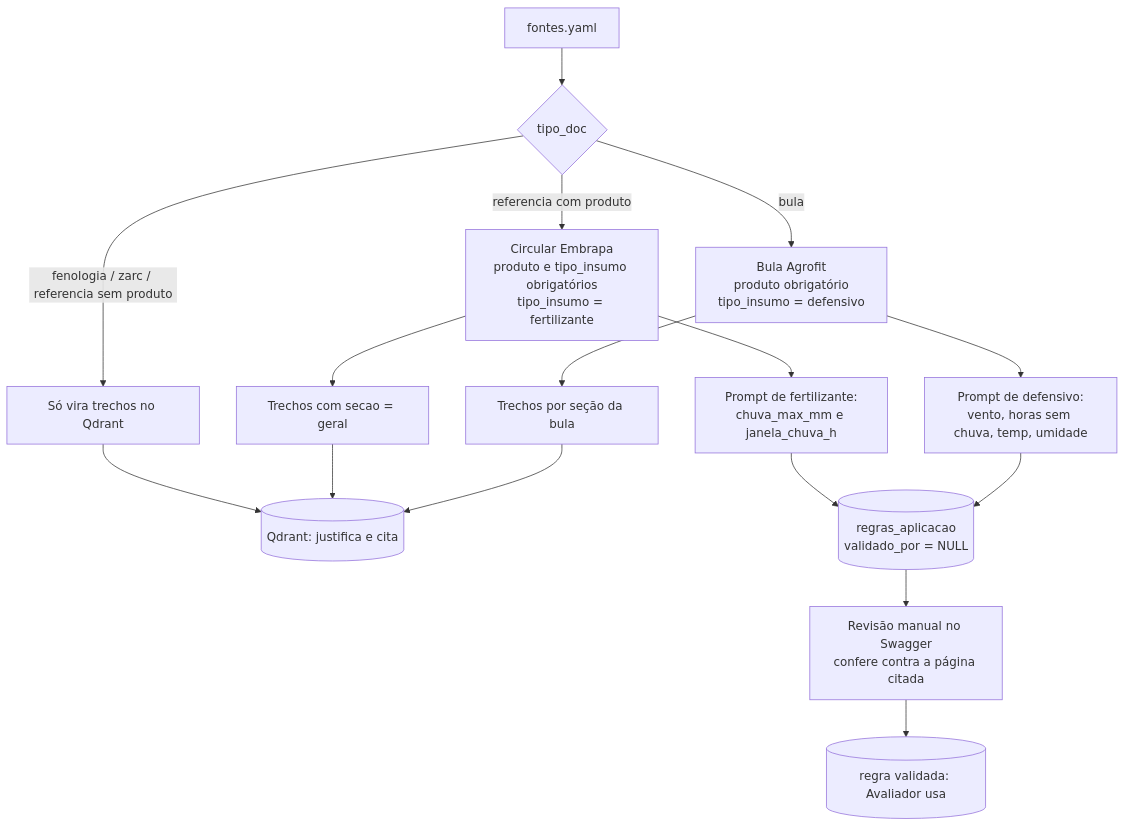
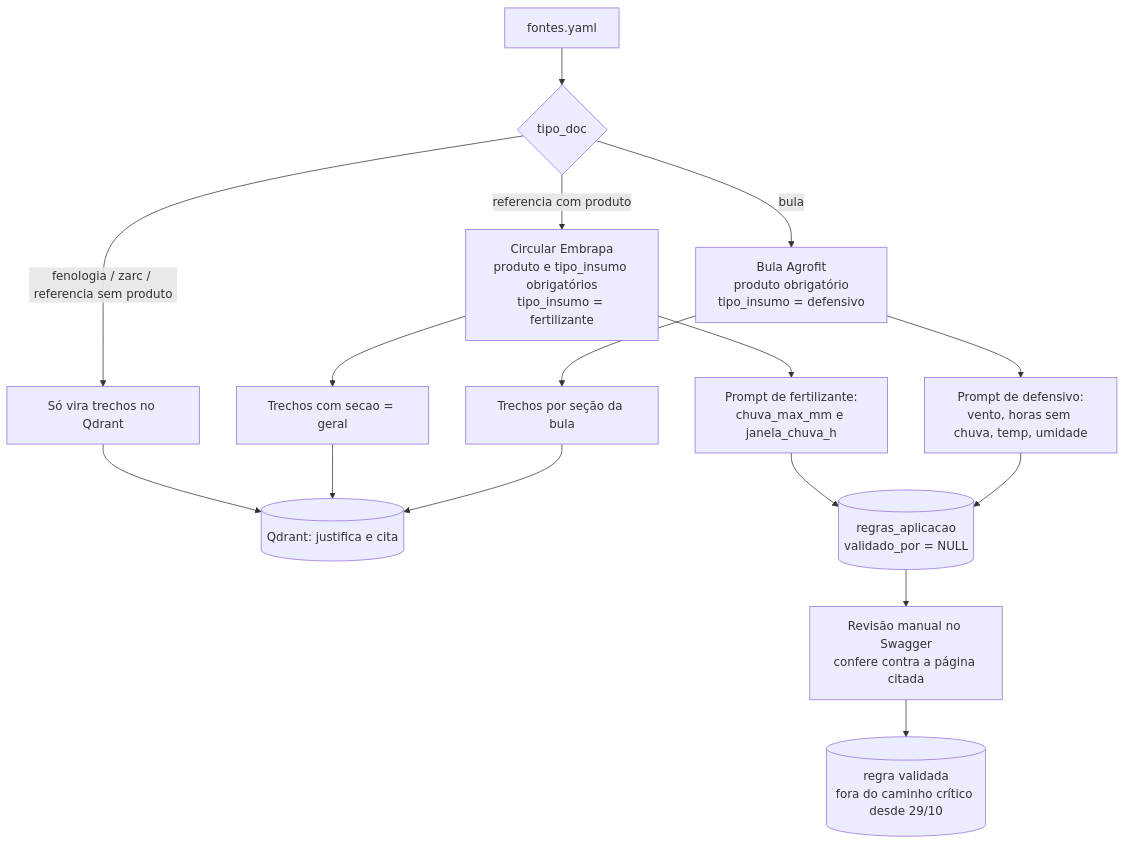
The third of 5 diagrams in docs/plans/2026-10-28-conhecimento-e-clima.md (EdisonCintra/terra-mind), drawn with Mermaid before and after one commit. The commit also changed other lines of this file and 2 other files, not shown here.

````diff
--- a/docs/plans/2026-10-28-conhecimento-e-clima.md
+++ b/docs/plans/2026-10-28-conhecimento-e-clima.md
@@ -94,15 +101,15 @@
 ```mermaid
 flowchart TD
     M[fontes.yaml] --> T{tipo_doc}
     T -- bula --> B[Bula Agrofit<br/>produto obrigatório<br/>tipo_insumo = defensivo]
     T -- referencia com produto --> E[Circular Embrapa<br/>produto e tipo_insumo obrigatórios<br/>tipo_insumo = fertilizante]
     T -- fenologia / zarc / referencia sem produto --> G[Só vira trechos no Qdrant]
     B --> CH1[Trechos por seção da bula]
     E --> CH2[Trechos com secao = geral]
     CH1 & CH2 & G --> Q[(Qdrant: justifica e cita)]
     B --> X1[Prompt de defensivo:<br/>vento, horas sem chuva, temp, umidade]
     E --> X2[Prompt de fertilizante:<br/>chuva_max_mm e janela_chuva_h]
     X1 & X2 --> PEND[(regras_aplicacao<br/>validado_por = NULL)]
     PEND --> REV[Revisão manual no Swagger<br/>confere contra a página citada]
-    REV --> OK[(regra validada: Avaliador usa)]
+    REV --> OK[(regra validada<br/>fora do caminho crítico desde 29/10)]
 ```
````
